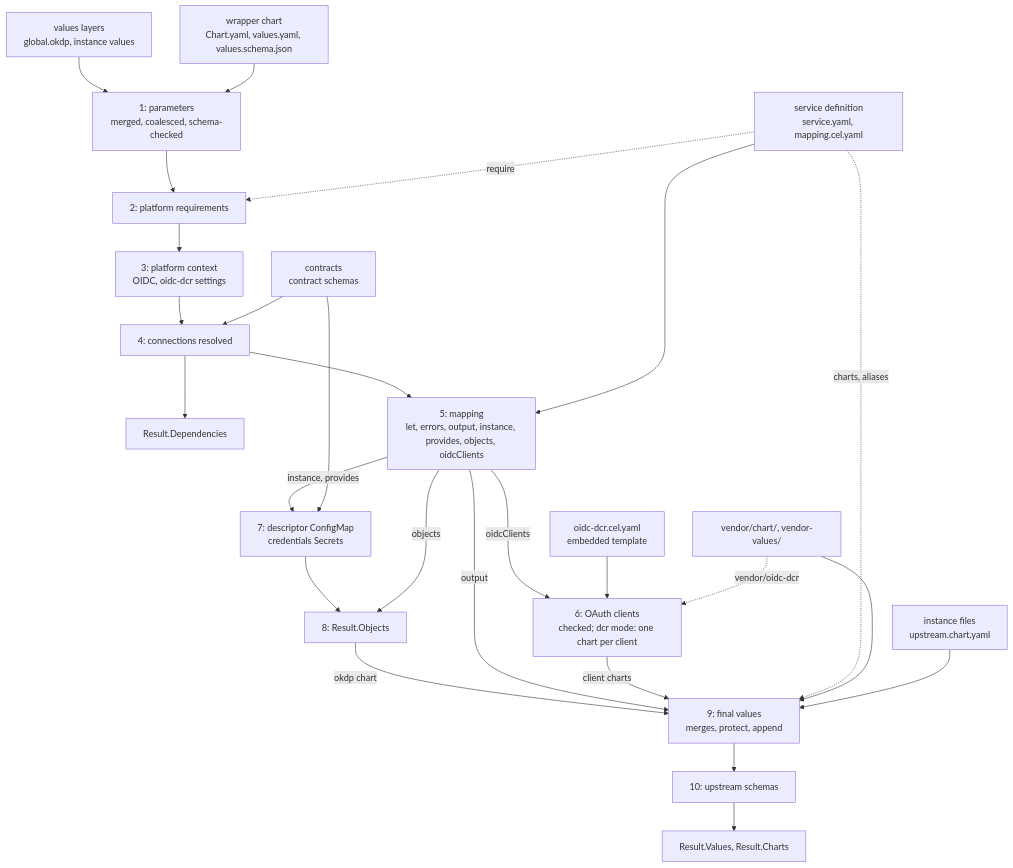
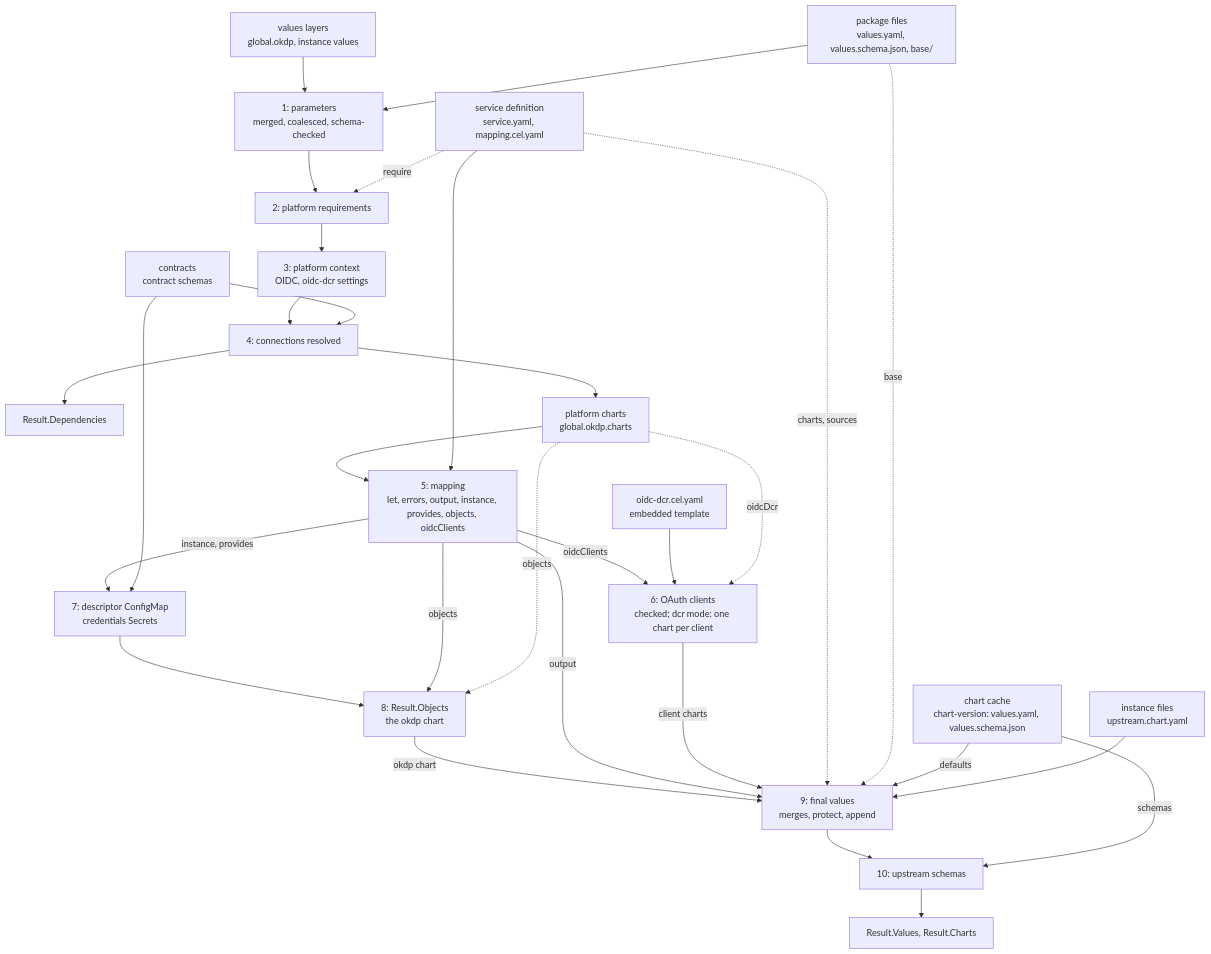
Before and after one commit to OKDP/okdp-compiler: the diagram in docs/00_architecture.md, drawn with Mermaid. The commit also changed other lines of this file and 7 other files, not shown here.

Commit message:
docs(compiler): document packages, chart sources, the chart cache and the platform charts

````diff
--- a/docs/00_architecture.md
+++ b/docs/00_architecture.md
@@ -38,36 +42,40 @@
 ```mermaid
 flowchart TD
   def["service definition<br/>service.yaml, mapping.cel.yaml"]
-  chart["wrapper chart<br/>Chart.yaml, values.yaml, values.schema.json"]
+  pkg["package files<br/>values.yaml, values.schema.json, base/"]
   layers["values layers<br/>global.okdp, instance values"]
   contracts["contracts<br/>contract schemas"]
-  vendor["vendor/chart/, vendor-values/"]
+  cache["chart cache<br/>chart-version: values.yaml, values.schema.json"]
   files["instance files<br/>upstream.chart.yaml"]
   tmpl["oidc-dcr.cel.yaml<br/>embedded template"]
 
   layers --> s1["1: parameters<br/>merged, coalesced, schema-checked"]
-  chart --> s1
+  pkg --> s1
   s1 --> s2["2: platform requirements"]
   def -. require .-> s2
   s2 --> s3["3: platform context<br/>OIDC, oidc-dcr settings"]
   s3 --> s4["4: connections resolved"]
   contracts --> s4
   s4 --> deps["Result.Dependencies"]
-  s4 --> s5["5: mapping<br/>let, errors, output, instance, provides, objects, oidcClients"]
+  s4 --> pc["platform charts<br/>global.okdp.charts"]
+  pc --> s5["5: mapping<br/>let, errors, output, instance, provides, objects, oidcClients"]
   def --> s5
   s5 -- oidcClients --> s6["6: OAuth clients<br/>checked; dcr mode: one chart per client"]
   tmpl --> s6
-  vendor -. "vendor/oidc-dcr" .-> s6
+  pc -. oidcDcr .-> s6
   s5 -- "instance, provides" --> s7["7: descriptor ConfigMap<br/>credentials Secrets"]
   contracts --> s7
-  s7 --> s8["8: Result.Objects"]
+  s7 --> s8["8: Result.Objects<br/>the okdp chart"]
   s5 -- objects --> s8
+  pc -. objects .-> s8
   s8 -- "okdp chart" --> s9
   s5 -- output --> s9["9: final values<br/>merges, protect, append"]
   s6 -- "client charts" --> s9
-  def -. "charts, aliases" .-> s9
-  vendor --> s9
+  def -. "charts, sources" .-> s9
+  pkg -. base .-> s9
+  cache -- defaults --> s9
   files --> s9
   s9 --> s10["10: upstream schemas"]
+  cache -- schemas --> s10
   s10 --> vals["Result.Values, Result.Charts"]
 ```
````
